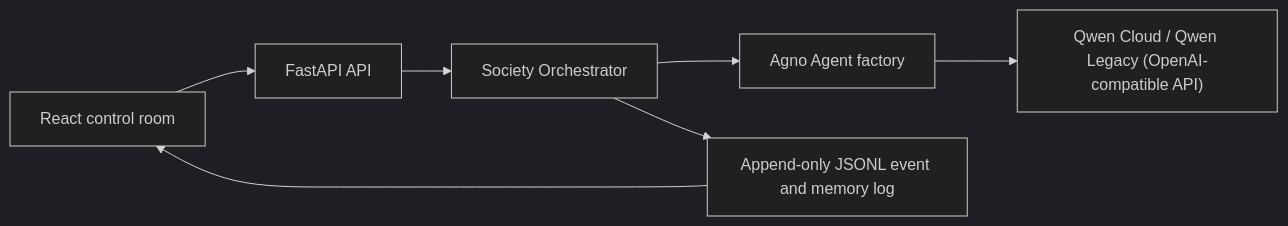
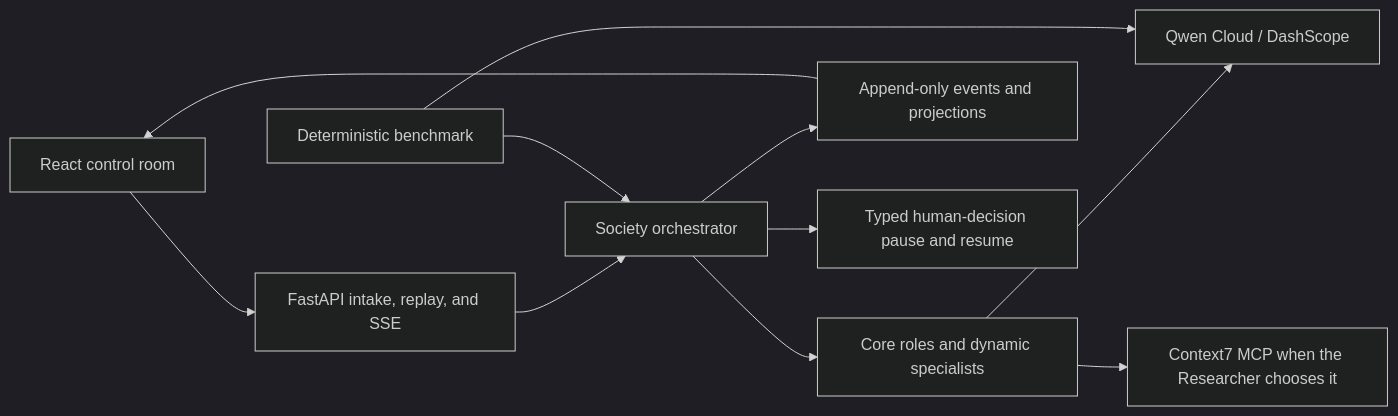
Before and after one commit to yamedoff/qwendom: the diagram in README.md, drawn with Mermaid (dark theme). The commit also changed other lines of this file and 16 other files, not shown here.

````diff
--- a/README.md
+++ b/README.md
@@ -115,9 +125,13 @@
 ```mermaid
 flowchart LR
-  UI["React control room"] --> API["FastAPI API"]
-  API --> ORCH["Society Orchestrator"]
-  ORCH --> AGNO["Agno Agent factory"]
-  AGNO --> QWEN["Qwen Cloud / Qwen Legacy (OpenAI-compatible API)"]
-  ORCH --> LOG["Append-only JSONL event and memory log"]
-  LOG --> UI
+  UI["React control room"] --> API["FastAPI intake, replay, and SSE"]
+  API --> ORCH["Society orchestrator"]
+  ORCH --> TEAM["Core roles and dynamic specialists"]
+  TEAM --> QWEN["Qwen Cloud / DashScope"]
+  TEAM --> C7["Context7 MCP when the Researcher chooses it"]
+  ORCH --> EVENTS["Append-only events and projections"]
+  EVENTS --> UI
+  ORCH --> HITL["Typed human-decision pause and resume"]
+  BENCH["Deterministic benchmark"] --> QWEN
+  BENCH --> ORCH
 ```
````
